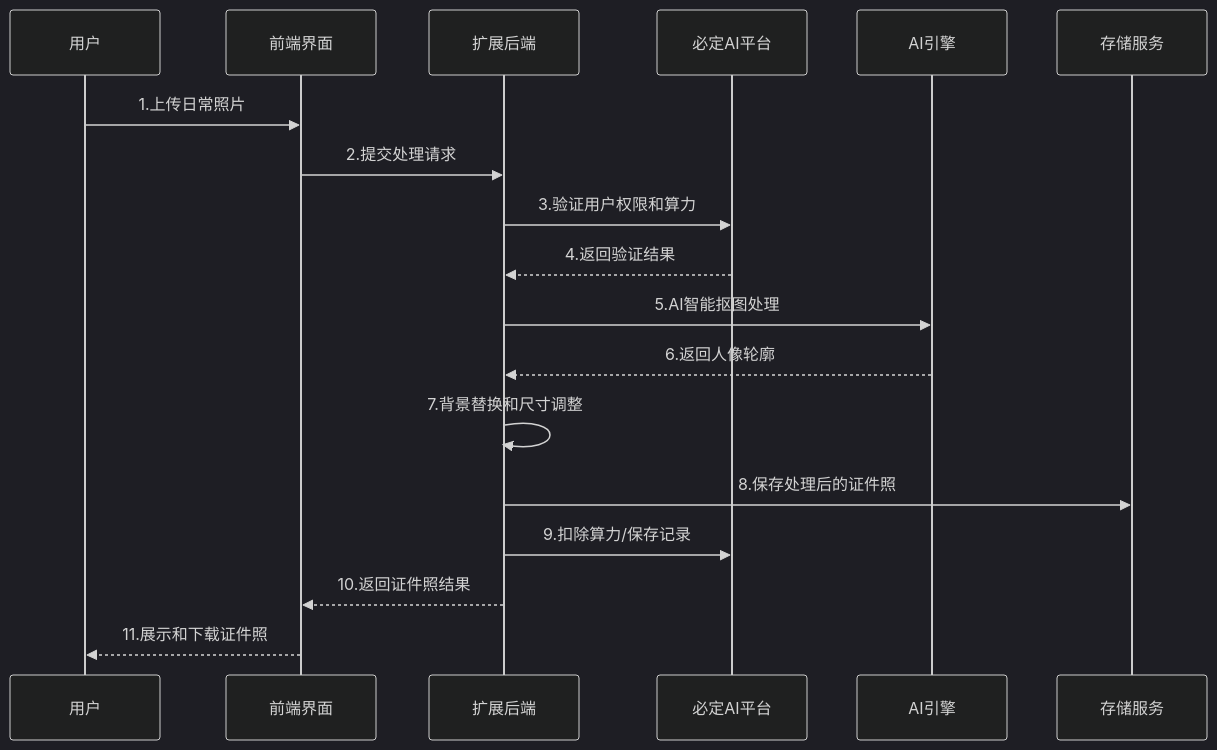
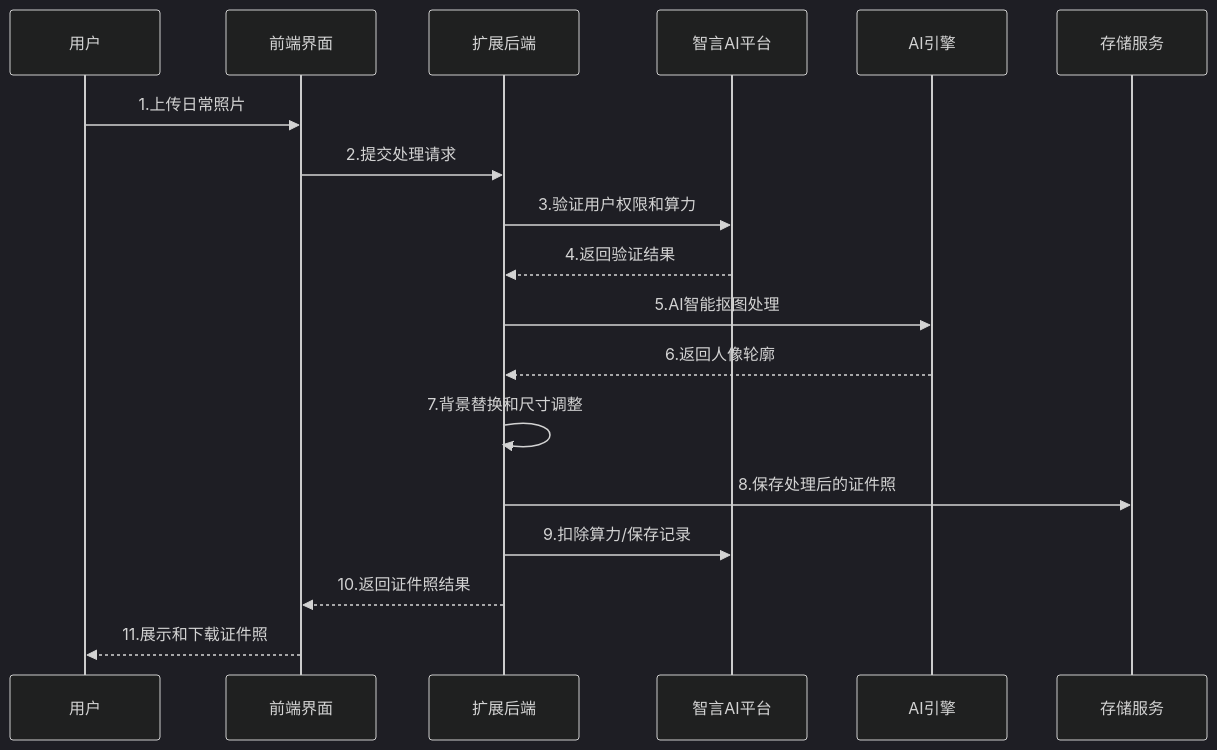
Before and after one commit to gzyxds/www.urlnet.cn: the diagram in src/app/new/news/photo.md, drawn with Mermaid (dark theme). The commit also changed other lines of this file and 20 other files, not shown here.

First line of the commit message:
refactor: 将品牌名称从"必定AI"统一更新为"智言AI"

````diff
--- a/src/app/new/news/photo.md
+++ b/src/app/new/news/photo.md
@@ -158,21 +158,21 @@
 ```mermaid
 sequenceDiagram
     participant User as 用户
     participant WebUI as 前端界面
     participant Extension as 扩展后端
-    participant 必定AI as 必定AI平台
+    participant 智言AI as 智言AI平台
     participant AIEngine as AI引擎
     participant Storage as 存储服务
     
     User->>WebUI: 1.上传日常照片
     WebUI->>Extension: 2.提交处理请求
-    Extension->>必定AI: 3.验证用户权限和算力
-    必定AI-->>Extension: 4.返回验证结果
+    Extension->>智言AI: 3.验证用户权限和算力
+    智言AI-->>Extension: 4.返回验证结果
     Extension->>AIEngine: 5.AI智能抠图处理
     AIEngine-->>Extension: 6.返回人像轮廓
     Extension->>Extension: 7.背景替换和尺寸调整
     Extension->>Storage: 8.保存处理后的证件照
-    Extension->>必定AI: 9.扣除算力/保存记录
+    Extension->>智言AI: 9.扣除算力/保存记录
     Extension-->>WebUI: 10.返回证件照结果
     WebUI-->>User: 11.展示和下载证件照
 ```
````
